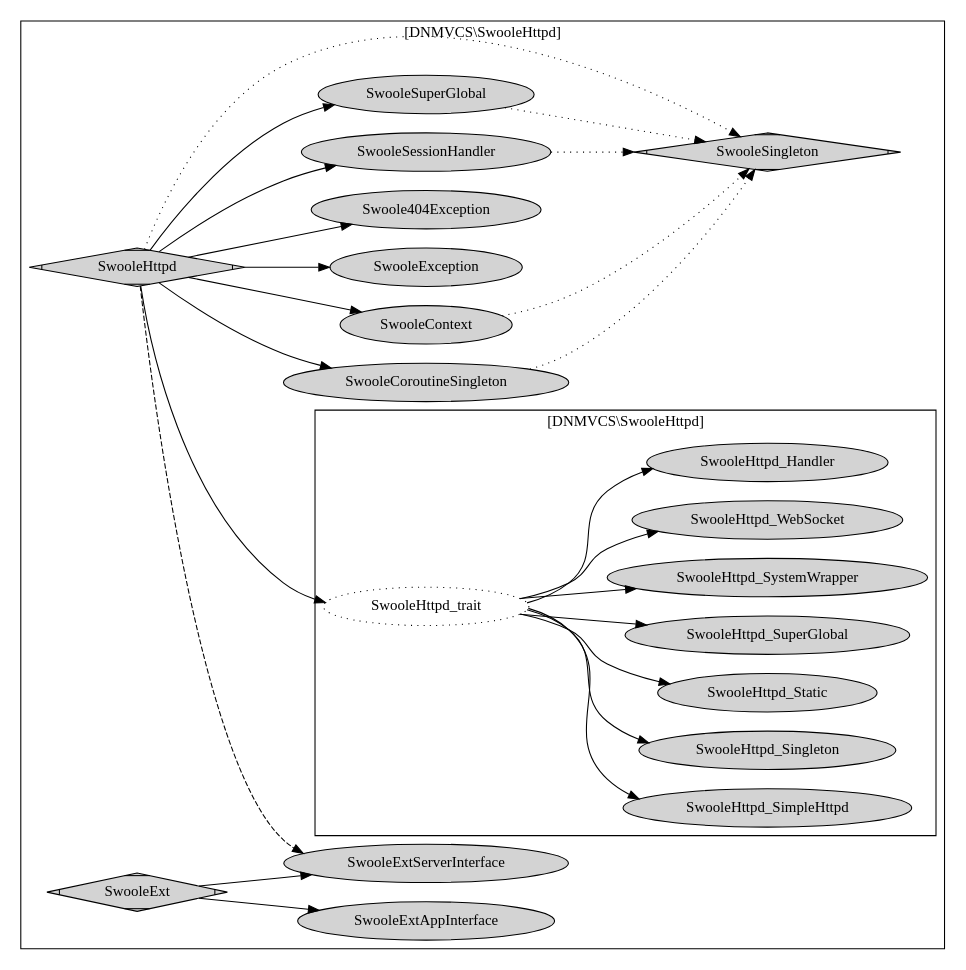
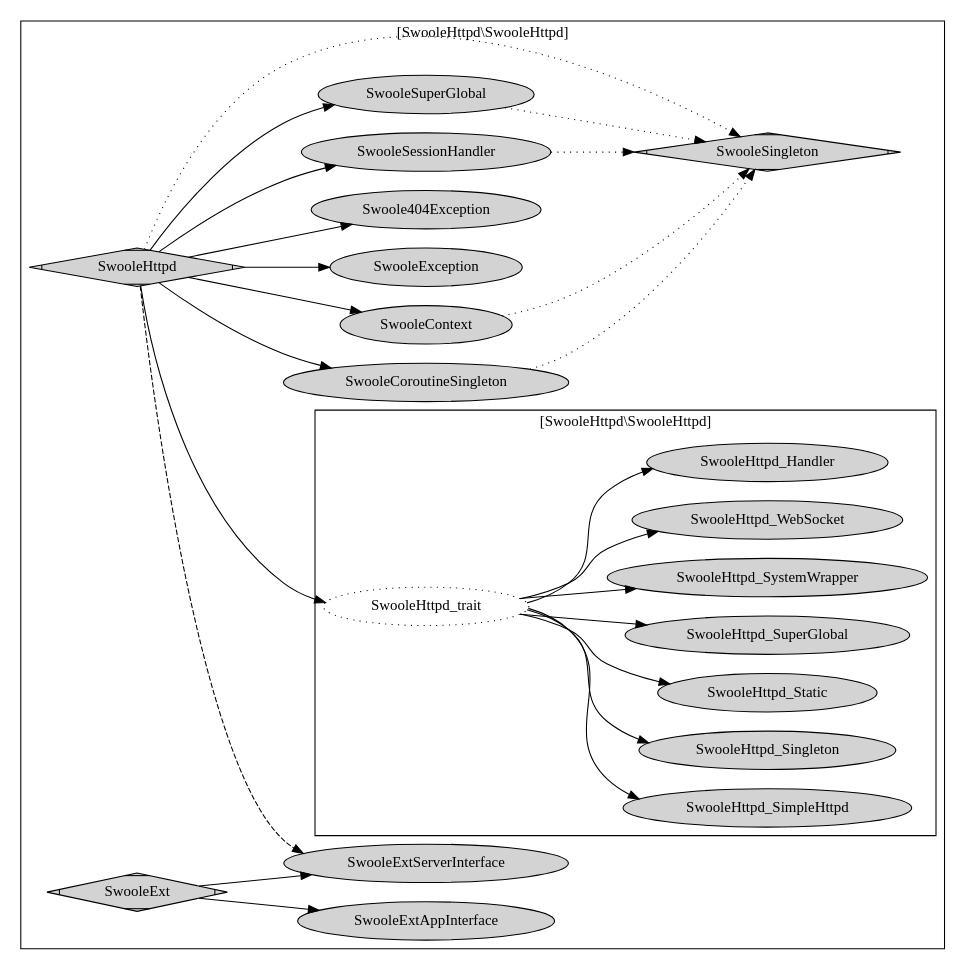
The diagram in doc/swoolehttpd.gv (dvaknheo/swoolehttpd), drawn with Graphviz before and after one commit. The commit also changed 2 other files, not shown here.

```diff
--- a/doc/swoolehttpd.gv
+++ b/doc/swoolehttpd.gv
@@ -1,60 +1,60 @@
 digraph G{
 /* This is a graphviz file */
 graph [rankdir = "LR"];
 
 
 
 subgraph cluster_SwooleHttpd {
     node [style=filled];
-    label = "[DNMVCS\\SwooleHttpd]";
+    label = "[SwooleHttpd\\SwooleHttpd]";
 
     subgraph cluster_SwooleHttpd_trait {
         SwooleHttpd_trait [style="dotted"];
         SwooleHttpd_trait -> SwooleHttpd_SimpleHttpd;
         SwooleHttpd_trait -> SwooleHttpd_Singleton;
         SwooleHttpd_trait -> SwooleHttpd_Static;
         SwooleHttpd_trait -> SwooleHttpd_SuperGlobal;
         SwooleHttpd_trait -> SwooleHttpd_SystemWrapper;
         SwooleHttpd_trait -> SwooleHttpd_WebSocket;
         SwooleHttpd_trait -> SwooleHttpd_Handler;
     }
     
     SwooleHttpd -> SwooleHttpd_trait;
     
     SwooleHttpd -> SwooleCoroutineSingleton;
     SwooleHttpd -> SwooleContext;
     SwooleHttpd -> SwooleException;
     SwooleHttpd -> Swoole404Exception;
 
     SwooleHttpd -> SwooleSessionHandler;
     SwooleHttpd -> SwooleSuperGlobal;
 
 
     SwooleHttpd -> SwooleSingleton [style="dotted"];
     SwooleCoroutineSingleton -> SwooleSingleton [style="dotted"];
     SwooleContext -> SwooleSingleton [style="dotted"];
     SwooleSuperGlobal -> SwooleSingleton [style="dotted"];
     SwooleSessionHandler -> SwooleSingleton [style="dotted"];
 
     SwooleHttpd [label="SwooleHttpd";shape=Mdiamond];
     SwooleSingleton [label="SwooleSingleton";shape=Mdiamond];
 
     SwooleCoroutineSingleton [label="SwooleCoroutineSingleton"];
     SwooleException [label="SwooleException"];
     Swoole404Exception [label="Swoole404Exception"];
     SwooleContext [label="SwooleContext"];
     SwooleSuperGlobal [label="SwooleSuperGlobal"];
     SwooleSessionHandler [label="SwooleSessionHandler"];
     
     SwooleExt [label="SwooleExt";shape=Mdiamond];
     
     SwooleExt -> SwooleExtAppInterface;
     SwooleExt -> SwooleExtServerInterface;
     
     SwooleHttpd -> SwooleExtServerInterface [style="dashed"];
 
 
     }
 
 
 }
```
